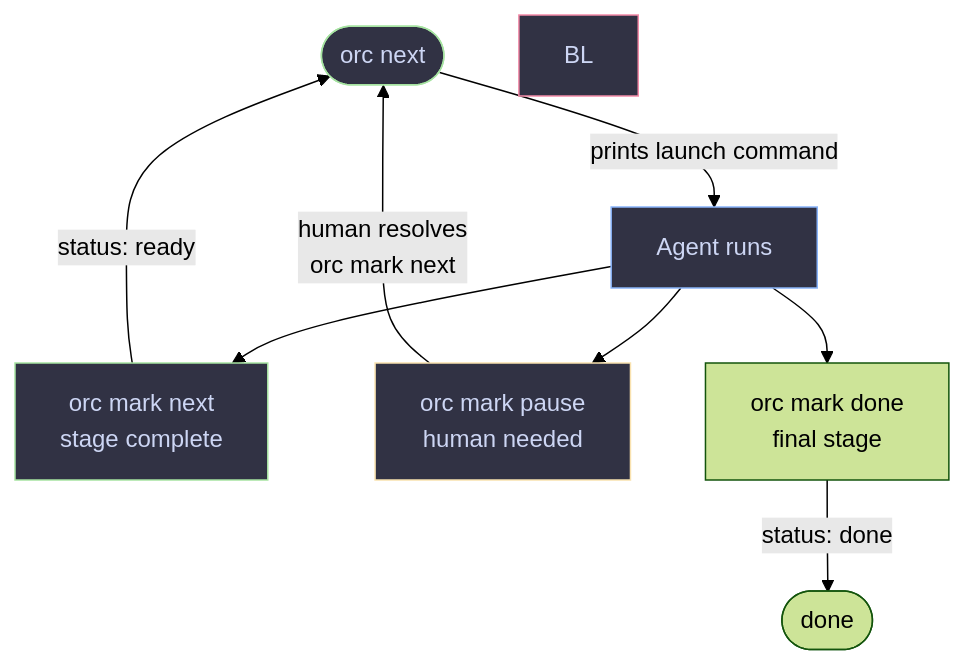
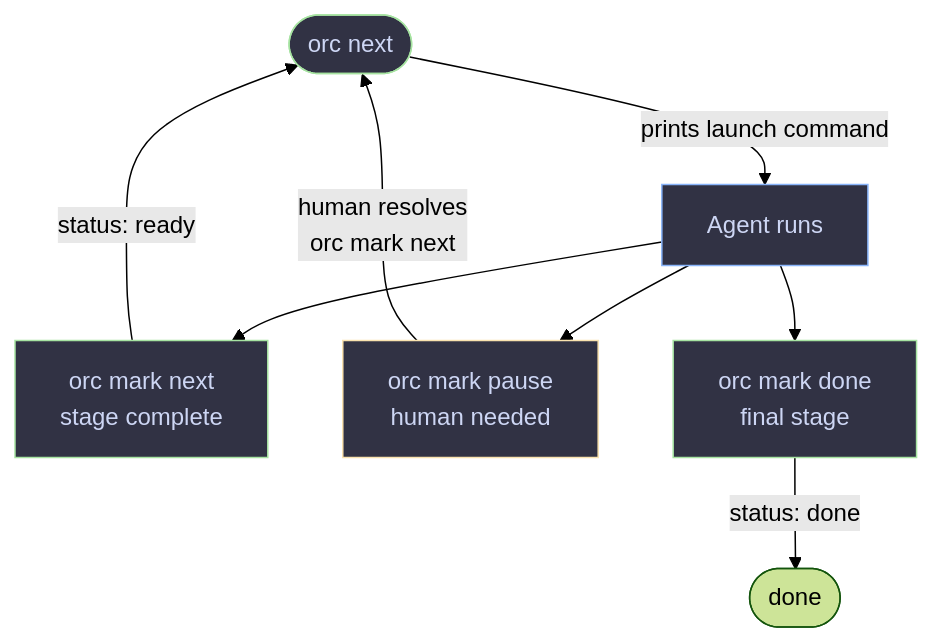
One commit to cengebretson/tmux-orc changed the third of 3 diagrams in README.md. Above: the diagram before and after it, drawn with Mermaid (forest theme).

Commit message:
fix stale BL style reference in session loop diagram

````diff
--- a/README.md
+++ b/README.md
@@ -206,18 +206,18 @@
 ```mermaid
 flowchart TD
     N([orc next]) -->|prints launch command| R[Agent runs]
 
     R --> AD[orc mark next\nstage complete]
     R --> WT[orc mark pause\nhuman needed]
     R --> DN[orc mark done\nfinal stage]
 
     AD -->|status: ready| N
     WT -->|human resolves\norc mark next| N
     DN -->|status: done| END([done])
 
     style N fill:#313244,stroke:#a6e3a1,color:#cdd6f4
     style R fill:#313244,stroke:#89b4fa,color:#cdd6f4
     style AD fill:#313244,stroke:#a6e3a1,color:#cdd6f4
     style WT fill:#313244,stroke:#f9e2af,color:#cdd6f4
-    style BL fill:#313244,stroke:#f38ba8,color:#cdd6f4
+    style DN fill:#313244,stroke:#a6e3a1,color:#cdd6f4
 ```
````
